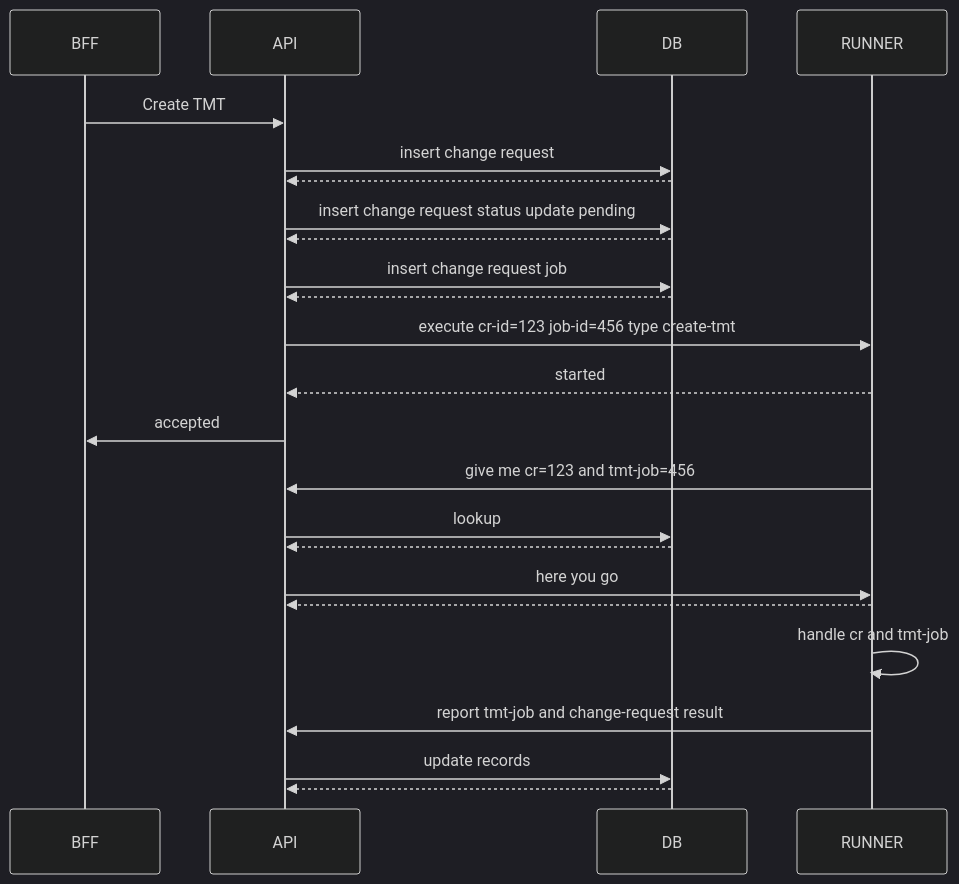
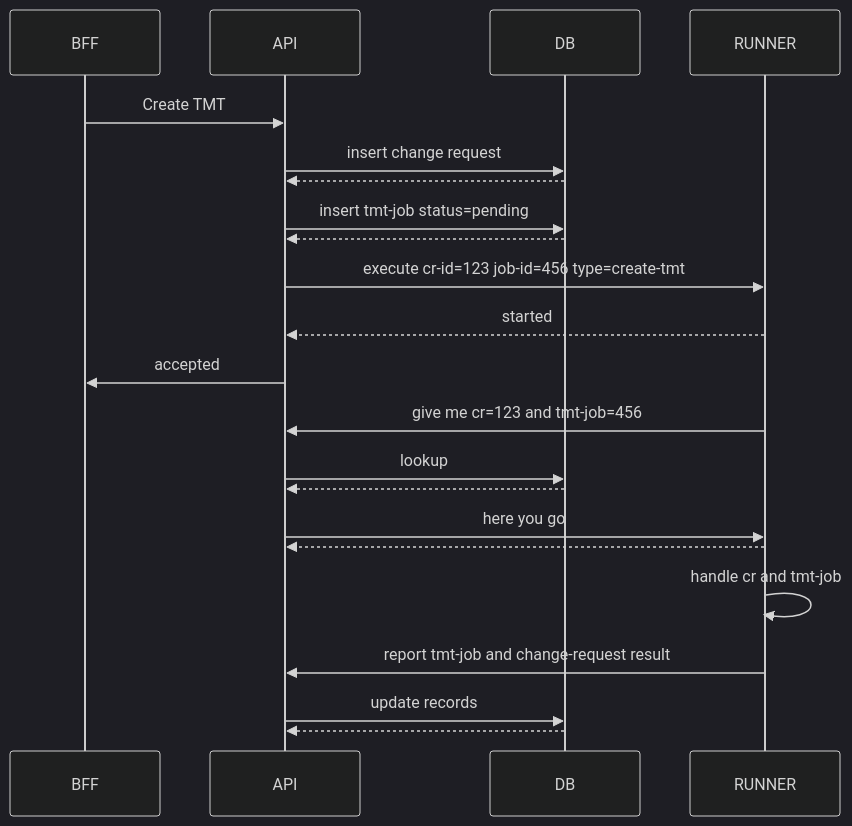
Before and after one commit to TylerJGabb/grpc-sqlboiler-orm-db-migration-playground: the diagram in sequence.mermaid, drawn with Mermaid (dark theme). The commit also changed 23 other files, not shown here.

```diff
--- a/sequence.mermaid
+++ b/sequence.mermaid
@@ -1,28 +1,26 @@
 sequenceDiagram
     participant bff as BFF
     participant api as API
     participant db as DB
     participant r as RUNNER
 
     bff ->> api: Create TMT
     api ->> db: insert change request
     db -->> api: 
-    api ->> db: insert change request status update pending
+    api ->> db: insert tmt-job status=pending
     db -->> api: 
-    api ->> db: insert change request job
-    db -->> api: 
-    api ->> r: execute cr-id=123 job-id=456 type create-tmt
+    api ->> r: execute cr-id=123 job-id=456 type=create-tmt
     r -->> api: started
     api ->> bff: accepted
 
     r ->> api: give me cr=123 and tmt-job=456
     api ->> db: lookup
     db -->> api: 
     api ->> r: here you go
     r -->> api: 
 
     r ->> r: handle cr and tmt-job
 
     r ->> api: report tmt-job and change-request result
     api ->> db: update records
     db -->> api: 
```
